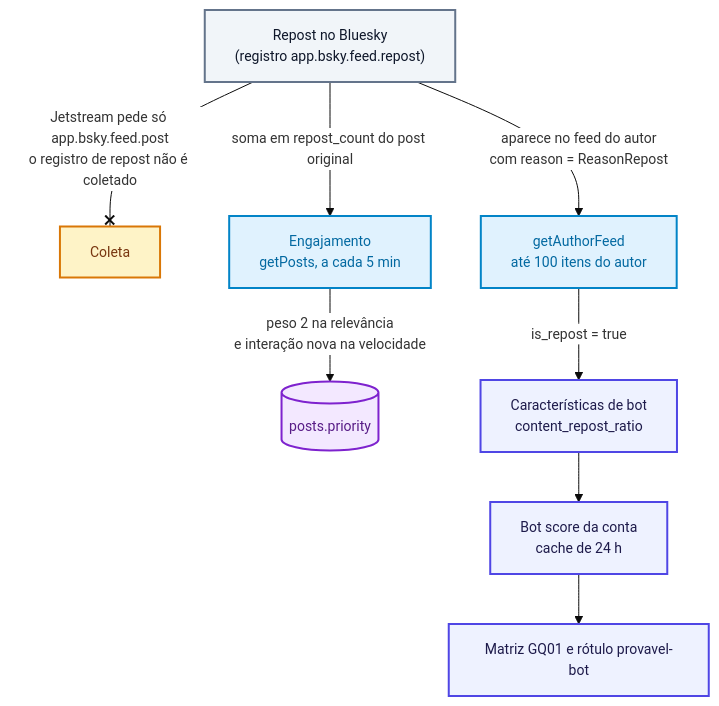
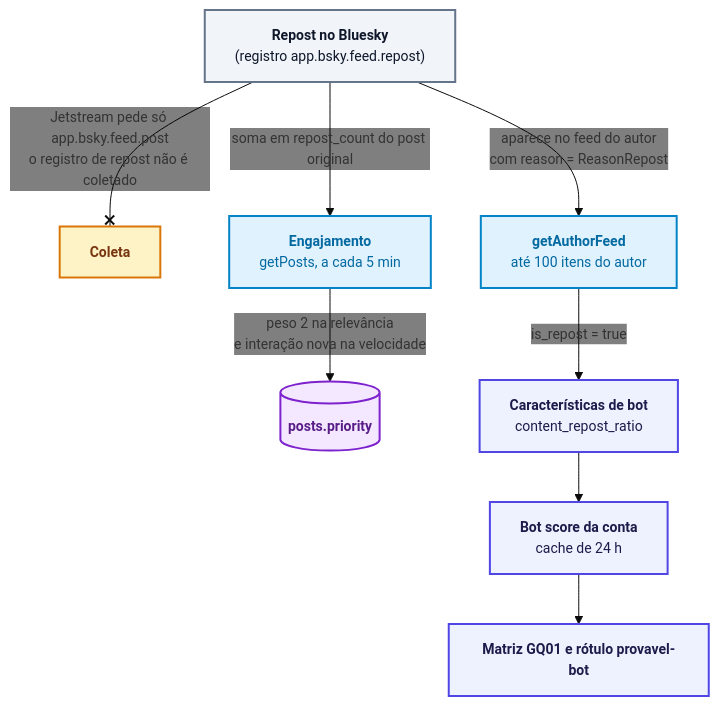
Before and after one commit to moonshinerd/ContrarIA: the fourth of 11 diagrams in docs/arquitetura/mapa-do-sistema.md, drawn with Mermaid. The commit also changed other lines of this file and 3 other files, not shown here.

First line of the commit message:
docs: aprimora contraste dos diagramas mermaid no modo escuro e corrige admonitions

````diff
--- a/docs/arquitetura/mapa-do-sistema.md
+++ b/docs/arquitetura/mapa-do-sistema.md
@@ -249,21 +249,21 @@
 ```mermaid
-%%{init: {'theme': 'base', 'themeVariables': { 'fontSize': '14px', 'fontFamily': 'inherit', 'primaryColor': '#EEF2FF', 'edgeLabelBackground': '#FFFFFF', 'clusterBkg': '#F8FAFC', 'clusterBorder': '#CBD5E1' }}}%%
+%%{init: {'theme': 'base', 'themeVariables': { 'fontSize': '14px', 'fontFamily': 'inherit', 'clusterBkg': 'transparent', 'clusterBorder': '#64748B', 'edgeLabelBackground': 'transparent' }}}%%
 flowchart TB
     classDef ext fill:#F1F5F9,stroke:#64748B,stroke-width:2px,color:#0F172A
     classDef ingest fill:#E0F2FE,stroke:#0284C7,stroke-width:2px,color:#0369A1
     classDef core fill:#EEF2FF,stroke:#4F46E5,stroke-width:2px,color:#1E1B4B
     classDef store fill:#F3E8FF,stroke:#7E22CE,stroke-width:2px,color:#581C87
     classDef guard fill:#FEF3C7,stroke:#D97706,stroke-width:2px,color:#78350F
 
-    R["Repost no Bluesky<br/>(registro app.bsky.feed.repost)"]:::ext
+    R["<span style='color:#0F172A'><b>Repost no Bluesky</b><br/>(registro app.bsky.feed.repost)</span>"]:::ext
 
-    R --x|"Jetstream pede só app.bsky.feed.post<br/>o registro de repost não é coletado"| J["Coleta"]:::guard
+    R --x|"Jetstream pede só app.bsky.feed.post<br/>o registro de repost não é coletado"| J["<span style='color:#78350F'><b>Coleta</b></span>"]:::guard
 
-    R -->|"soma em repost_count do post original"| ENG["Engajamento<br/>getPosts, a cada 5 min"]:::ingest
-    ENG -->|"peso 2 na relevância<br/>e interação nova na velocidade"| PRIO[("posts.priority")]:::store
+    R -->|"soma em repost_count do post original"| ENG["<span style='color:#0369A1'><b>Engajamento</b><br/>getPosts, a cada 5 min</span>"]:::ingest
+    ENG -->|"peso 2 na relevância<br/>e interação nova na velocidade"| PRIO[("<span style='color:#581C87'><b>posts.priority</b></span>")]:::store
 
-    R -->|"aparece no feed do autor<br/>com reason = ReasonRepost"| AF["getAuthorFeed<br/>até 100 itens do autor"]:::ingest
-    AF -->|"is_repost = true"| BF["Características de bot<br/>content_repost_ratio"]:::core
-    BF --> BS["Bot score da conta<br/>cache de 24 h"]:::core
-    BS --> GQ["Matriz GQ01 e rótulo provavel-bot"]:::core
+    R -->|"aparece no feed do autor<br/>com reason = ReasonRepost"| AF["<span style='color:#0369A1'><b>getAuthorFeed</b><br/>até 100 itens do autor</span>"]:::ingest
+    AF -->|"is_repost = true"| BF["<span style='color:#1E1B4B'><b>Características de bot</b><br/>content_repost_ratio</span>"]:::core
+    BF --> BS["<span style='color:#1E1B4B'><b>Bot score da conta</b><br/>cache de 24 h</span>"]:::core
+    BS --> GQ["<span style='color:#1E1B4B'><b>Matriz GQ01 e rótulo provavel-bot</b></span>"]:::core
 ```
````
